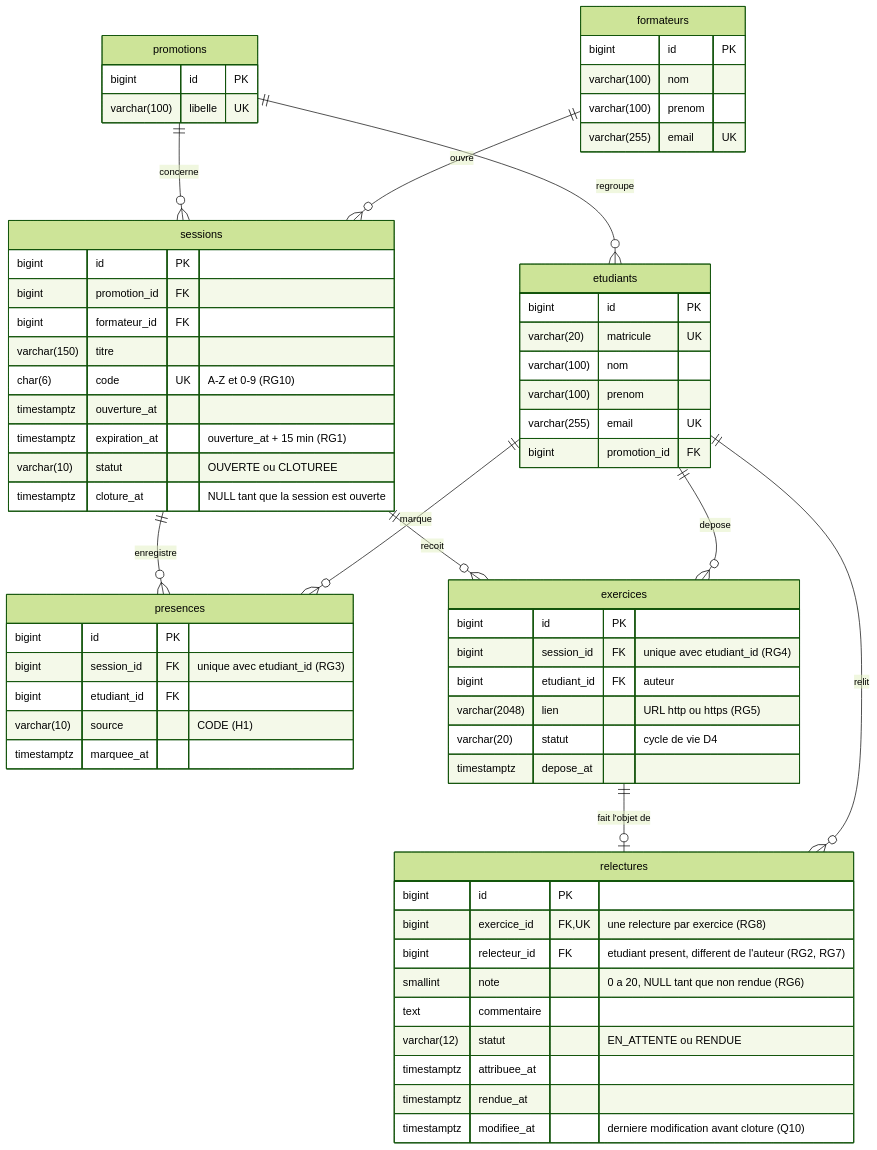
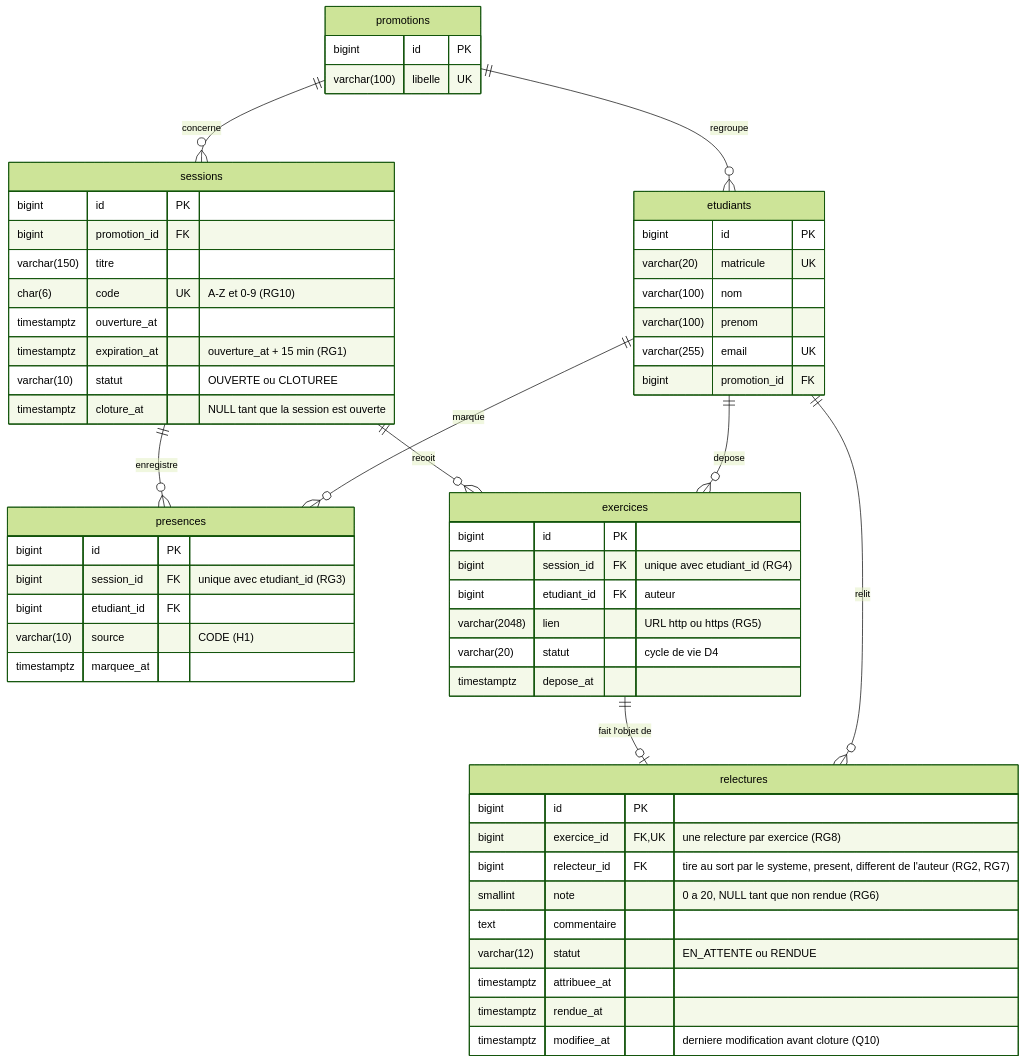
The diagram in docs/diagrammes/D2_datamodel.md (cyntiatc/kfokam48-epreuve-265), drawn with Mermaid (forest theme) before and after one commit. The commit also changed other lines of this file and 4 other files, not shown here.

Commit message:
docs: alignement du cahier des charges, diagrammes et journal sur le contrat OpenAPI

````diff
--- a/docs/diagrammes/D2_datamodel.md
+++ b/docs/diagrammes/D2_datamodel.md
@@ -7,68 +7,60 @@
 ```mermaid
 erDiagram
     promotions ||--o{ etudiants : "regroupe"
     promotions ||--o{ sessions : "concerne"
-    formateurs ||--o{ sessions : "ouvre"
     sessions ||--o{ presences : "enregistre"
     etudiants ||--o{ presences : "marque"
     sessions ||--o{ exercices : "recoit"
     etudiants ||--o{ exercices : "depose"
     exercices ||--o| relectures : "fait l'objet de"
     etudiants ||--o{ relectures : "relit"
 
     promotions {
         bigint id PK
         varchar(100) libelle UK
-    }
-    formateurs {
-        bigint id PK
-        varchar(100) nom
-        varchar(100) prenom
-        varchar(255) email UK
     }
     etudiants {
         bigint id PK
         varchar(20) matricule UK
         varchar(100) nom
         varchar(100) prenom
         varchar(255) email UK
         bigint promotion_id FK
     }
     sessions {
         bigint id PK
         bigint promotion_id FK
-        bigint formateur_id FK
         varchar(150) titre
         char(6) code UK "A-Z et 0-9 (RG10)"
         timestamptz ouverture_at
         timestamptz expiration_at "ouverture_at + 15 min (RG1)"
         varchar(10) statut "OUVERTE ou CLOTUREE"
         timestamptz cloture_at "NULL tant que la session est ouverte"
     }
     presences {
         bigint id PK
         bigint session_id FK "unique avec etudiant_id (RG3)"
         bigint etudiant_id FK
         varchar(10) source "CODE (H1)"
         timestamptz marquee_at
     }
     exercices {
         bigint id PK
         bigint session_id FK "unique avec etudiant_id (RG4)"
         bigint etudiant_id FK "auteur"
         varchar(2048) lien "URL http ou https (RG5)"
         varchar(20) statut "cycle de vie D4"
         timestamptz depose_at
     }
     relectures {
         bigint id PK
         bigint exercice_id FK, UK "une relecture par exercice (RG8)"
-        bigint relecteur_id FK "etudiant present, different de l'auteur (RG2, RG7)"
+        bigint relecteur_id FK "tire au sort par le systeme, present, different de l'auteur (RG2, RG7)"
         smallint note "0 a 20, NULL tant que non rendue (RG6)"
         text commentaire
         varchar(12) statut "EN_ATTENTE ou RENDUE"
         timestamptz attribuee_at
         timestamptz rendue_at
         timestamptz modifiee_at "derniere modification avant cloture (Q10)"
     }
 ```
````
